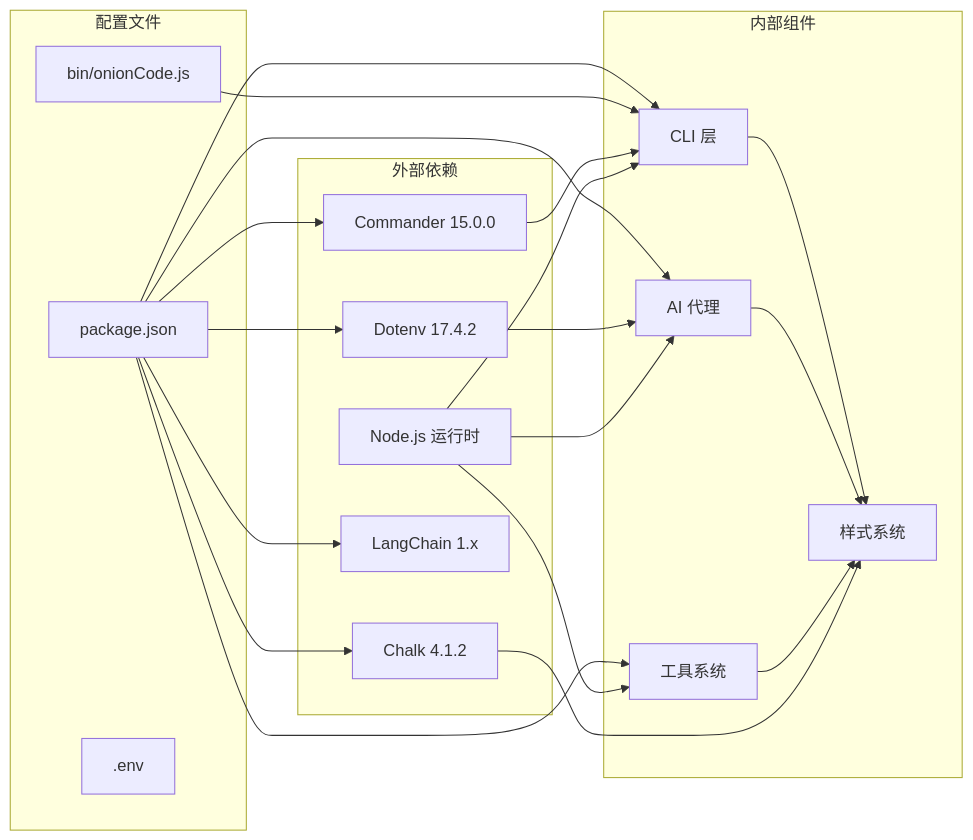
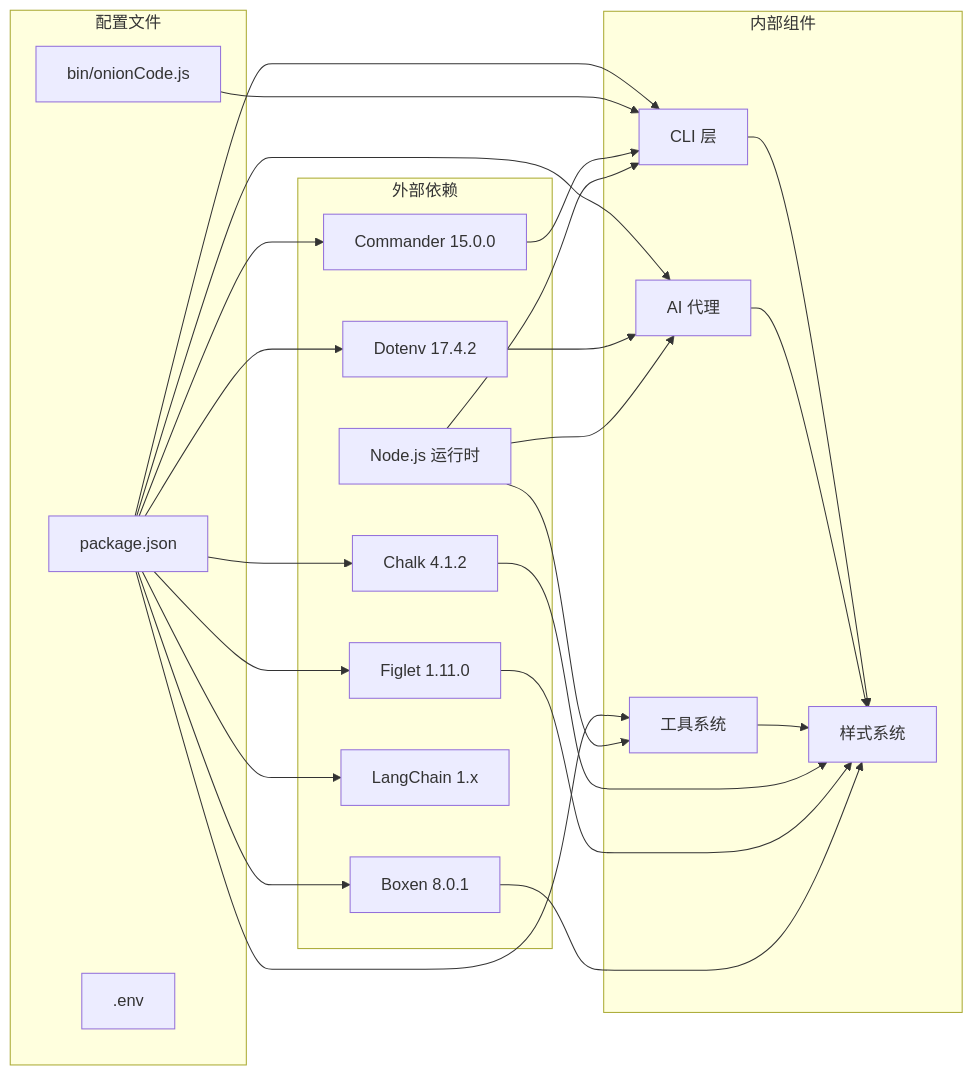
The seventh of 7 diagrams in .qoder/repowiki/zh/content/核心代理系统/样式系统.md (HAOFUYANG/onion-code), drawn with Mermaid before and after one commit. The commit also changed other lines of this file and 3 other files, not shown here.

````diff
--- a/.qoder/repowiki/zh/content/核心代理系统/样式系统.md
+++ b/.qoder/repowiki/zh/content/核心代理系统/样式系统.md
@@ -309,38 +345,44 @@
 ```mermaid
 graph LR
 subgraph "外部依赖"
 Chalk[Chalk 4.1.2]
+Figlet[Figlet 1.11.0]
+Boxen[Boxen 8.0.1]
 Node[Node.js 运行时]
 Commander[Commander 15.0.0]
 LangChain[LangChain 1.x]
 Dotenv[Dotenv 17.4.2]
 end
 subgraph "内部组件"
 Style[样式系统]
 CLI[CLI 层]
 Agent[AI 代理]
 Tools[工具系统]
 end
 subgraph "配置文件"
 Package[package.json]
 Bin[bin/onionCode.js]
 Env[.env]
 end
 Package --> Chalk
+Package --> Figlet
+Package --> Boxen
 Package --> Commander
 Package --> LangChain
 Package --> Dotenv
 Package --> CLI
 Package --> Agent
 Package --> Tools
 Bin --> CLI
 CLI --> Style
 Agent --> Style
 Tools --> Style
 Chalk --> Style
+Figlet --> Style
+Boxen --> Style
 Commander --> CLI
 Dotenv --> Agent
 Node --> CLI
 Node --> Agent
 Node --> Tools
 ```
````
